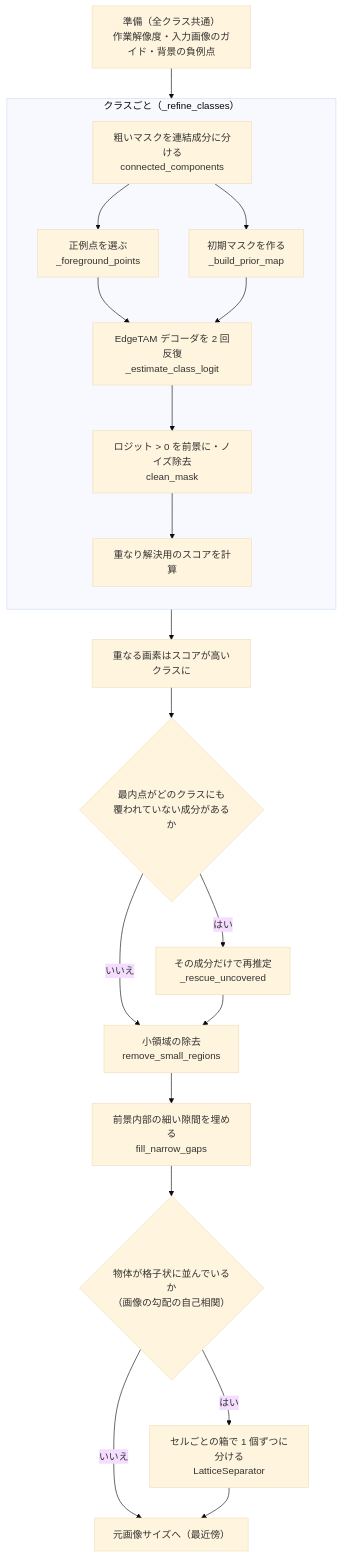
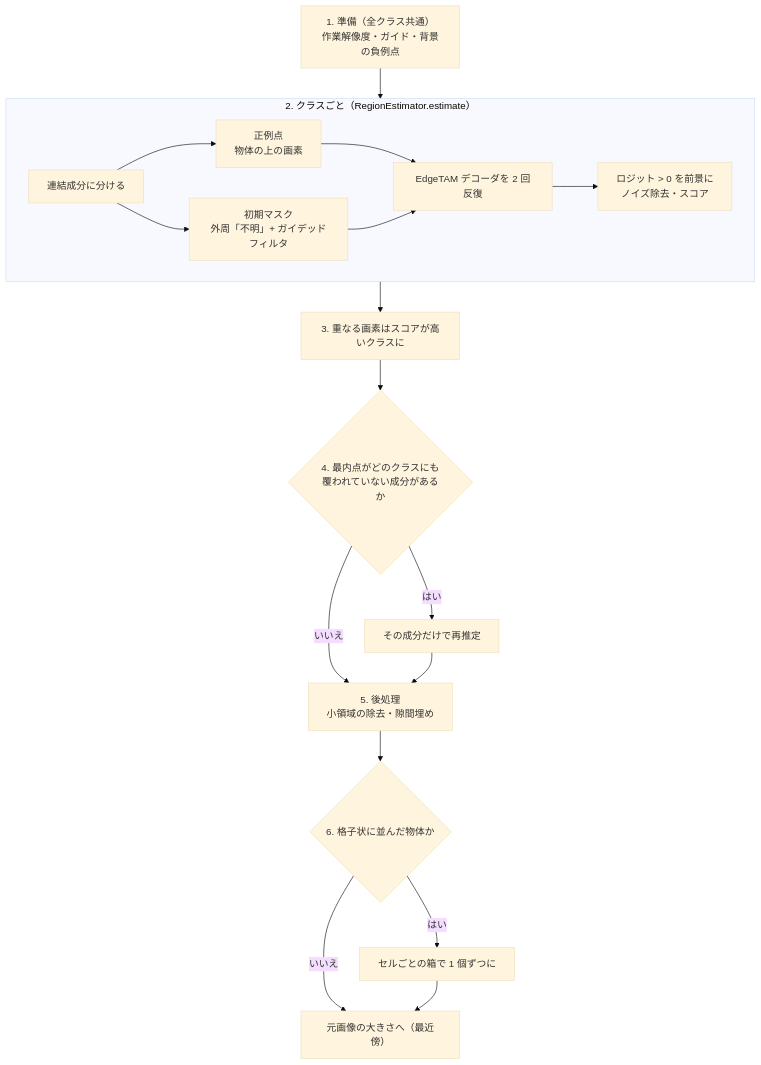
One commit to fklg-64/pe_anything_detect changed the first of 8 diagrams in docs/detailed_segmentation.md. Above: the diagram before and after it, drawn with Mermaid (base theme). The commit also changed other lines of this file and 85 other files, not shown here.

````diff
--- a/docs/detailed_segmentation.md
+++ b/docs/detailed_segmentation.md
@@ -15,25 +15,21 @@
 ```mermaid
 flowchart TD
-    S["準備（全クラス共通）<br/>作業解像度・入力画像のガイド・背景の負例点"] --> L
-
-    subgraph L["クラスごと（_refine_classes）"]
-        direction TB
-        L1["粗いマスクを連結成分に分ける<br/>connected_components"] --> L2["正例点を選ぶ<br/>_foreground_points"]
-        L1 --> L3["初期マスクを作る<br/>_build_prior_map"]
-        L2 --> L4["EdgeTAM デコーダを 2 回反復<br/>_estimate_class_logit"]
-        L3 --> L4
-        L4 --> L5["ロジット > 0 を前景に・ノイズ除去<br/>clean_mask"]
-        L5 --> L6["重なり解決用のスコアを計算"]
+    S["1. 準備（全クラス共通）<br/>作業解像度・ガイド・背景の負例点"] --> C
+    subgraph C["2. クラスごと（RegionEstimator.estimate）"]
+        direction LR
+        C1["連結成分に分ける"] --> C2["正例点<br/>物体の上の画素"]
+        C1 --> C3["初期マスク<br/>外周「不明」+ ガイデッドフィルタ"]
+        C2 --> C4["EdgeTAM デコーダを 2 回反復"]
+        C3 --> C4
+        C4 --> C5["ロジット > 0 を前景に<br/>ノイズ除去・スコア"]
     end
-
-    L --> M["重なる画素はスコアが高いクラスに"]
-    M --> N{"最内点がどのクラスにも<br/>覆われていない成分があるか"}
-    N -->|はい| O["その成分だけで再推定<br/>_rescue_uncovered"]
-    N -->|いいえ| P
-    O --> P["小領域の除去<br/>remove_small_regions"]
-    P --> Q["前景内部の細い隙間を埋める<br/>fill_narrow_gaps"]
-    Q --> G{"物体が格子状に並んでいるか<br/>（画像の勾配の自己相関）"}
-    G -->|はい| H["セルごとの箱で 1 個ずつに分ける<br/>LatticeSeparator"]
-    G -->|いいえ| R
-    H --> R["元画像サイズへ（最近傍）"]
+    C --> M["3. 重なる画素はスコアが高いクラスに"]
+    M --> R{"4. 最内点がどのクラスにも<br/>覆われていない成分があるか"}
+    R -->|はい| R2["その成分だけで再推定"]
+    R -->|いいえ| P
+    R2 --> P["5. 後処理<br/>小領域の除去・隙間埋め"]
+    P --> G{"6. 格子状に並んだ物体か"}
+    G -->|はい| G2["セルごとの箱で 1 個ずつに"]
+    G -->|いいえ| Z
+    G2 --> Z["元画像の大きさへ（最近傍）"]
 ```
````
